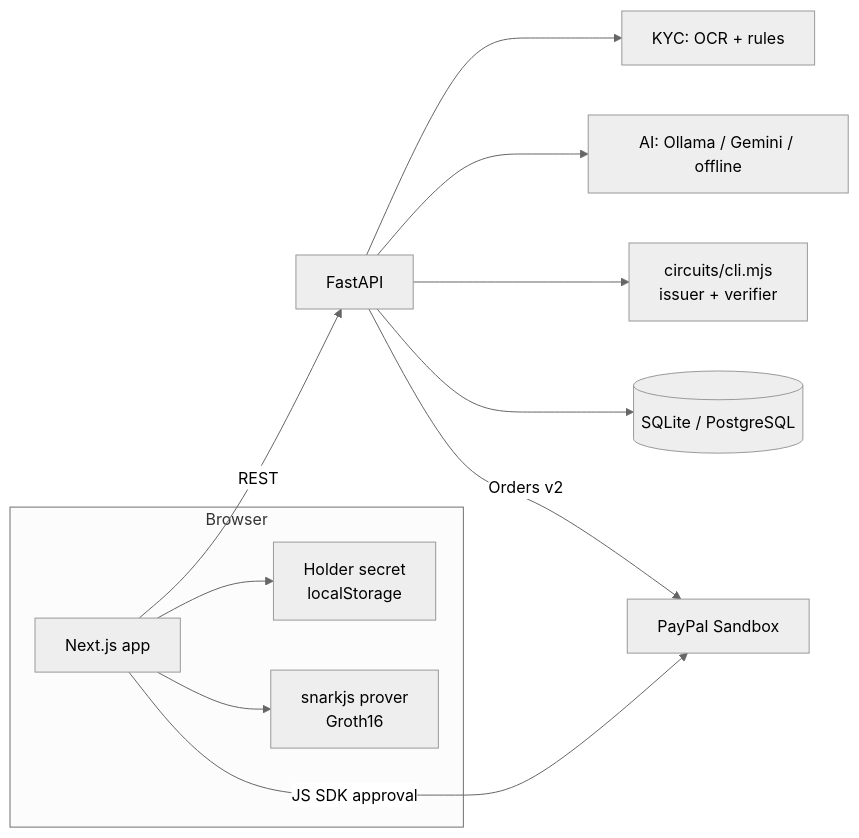
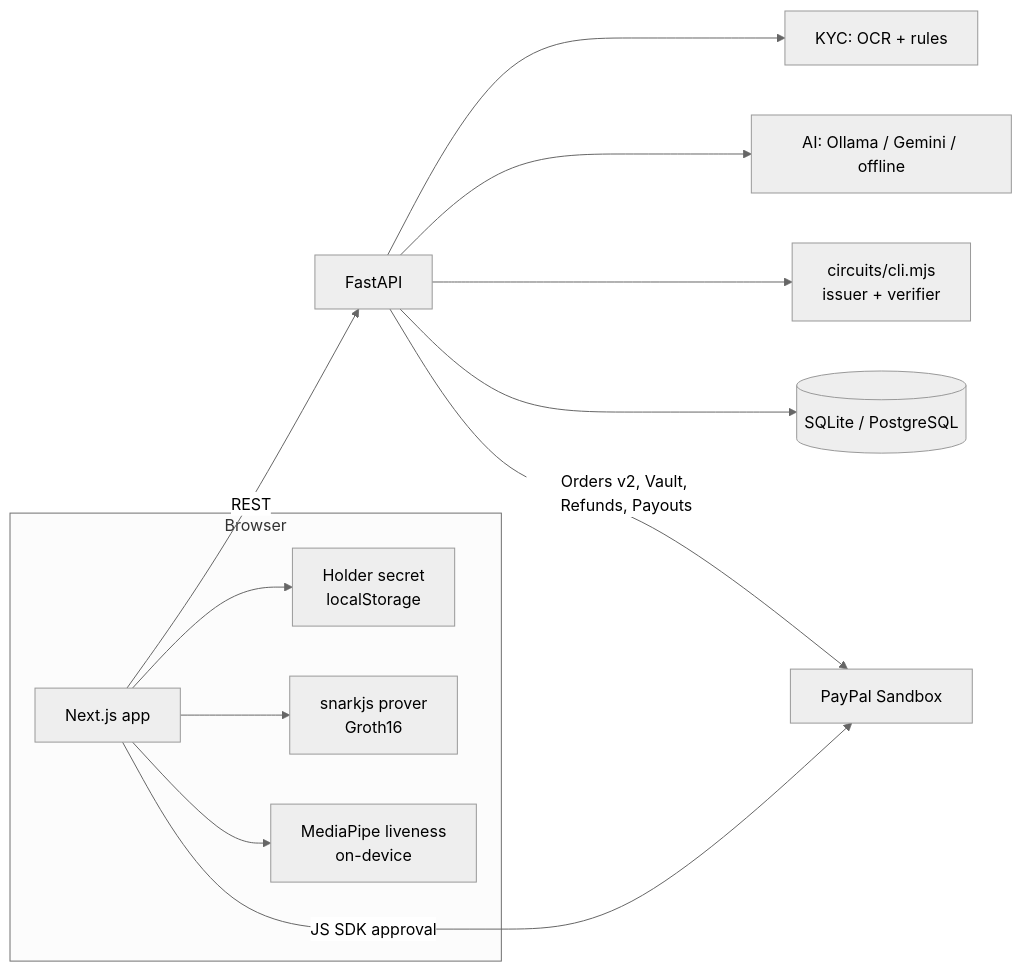
One commit to 6289subhasree/paypal_zk changed the diagram in README.md. Above: the diagram before and after it, drawn with Mermaid (neutral theme). The commit also changed other lines of this file, not shown here.

Commit message:
Document age proofs, on-device liveness, refunds, Vault and Payouts in the README

````diff
--- a/README.md
+++ b/README.md
@@ -50,14 +62,15 @@
 ```mermaid
 flowchart LR
     subgraph Browser
       UI[Next.js app] --> W[Holder secret<br/>localStorage]
       UI --> P[snarkjs prover<br/>Groth16]
+      UI --> L[MediaPipe liveness<br/>on-device]
     end
     UI -->|REST| API[FastAPI]
     API --> KYC[KYC: OCR + rules]
     API --> AI[AI: Ollama / Gemini / offline]
     API --> ZK[circuits/cli.mjs<br/>issuer + verifier]
     API --> DB[(SQLite / PostgreSQL)]
-    API -->|Orders v2| PP[PayPal Sandbox]
+    API -->|Orders v2, Vault, Refunds, Payouts| PP[PayPal Sandbox]
     UI -->|JS SDK approval| PP
 ```
````
